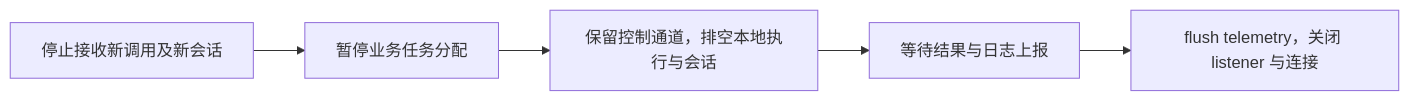
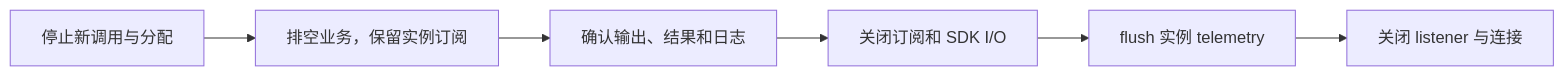
One commit to wegohub/hatchet changed the second of 2 diagrams in sdks/wego/docs/design/module.md. Above: the diagram before and after it, drawn with Mermaid. The commit also changed other lines of this file and 379 other files, not shown here.

````diff
--- a/sdks/wego/docs/design/module.md
+++ b/sdks/wego/docs/design/module.md
@@ -203,7 +113,8 @@
 ```mermaid
 flowchart LR
-    A[停止接收新调用及新会话] --> B[暂停业务任务分配]
-    B --> C[保留控制通道，排空本地执行与会话]
-    C --> D[等待结果与日志上报]
-    D --> E[flush telemetry，关闭 listener 与连接]
+    A[停止新调用与分配] --> B[排空业务，保留实例订阅]
+    B --> C[确认输出、结果和日志]
+    C --> D[关闭订阅和 SDK I/O]
+    D --> E[flush 实例 telemetry]
+    E --> F[关闭 listener 与连接]
 ```
````
